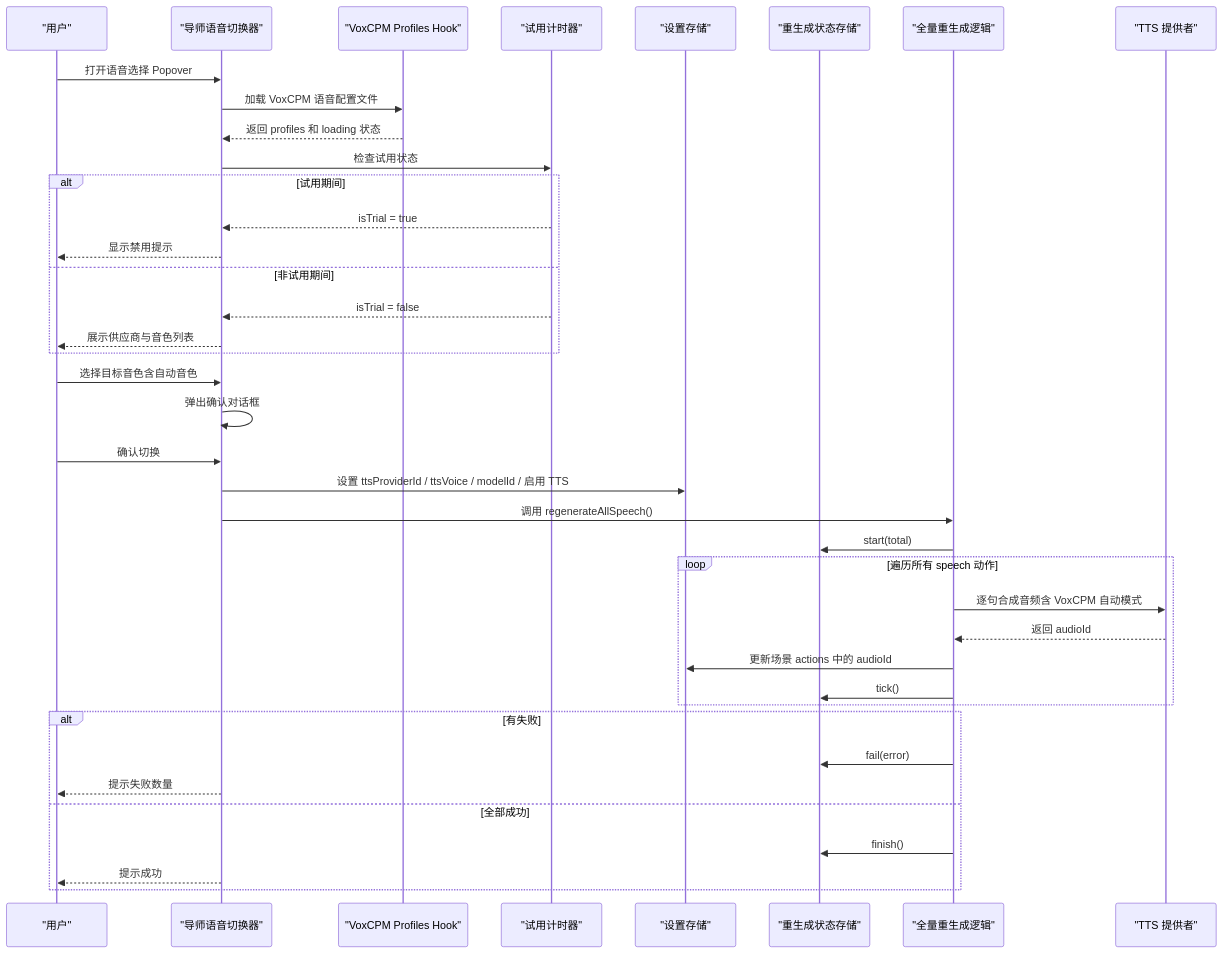
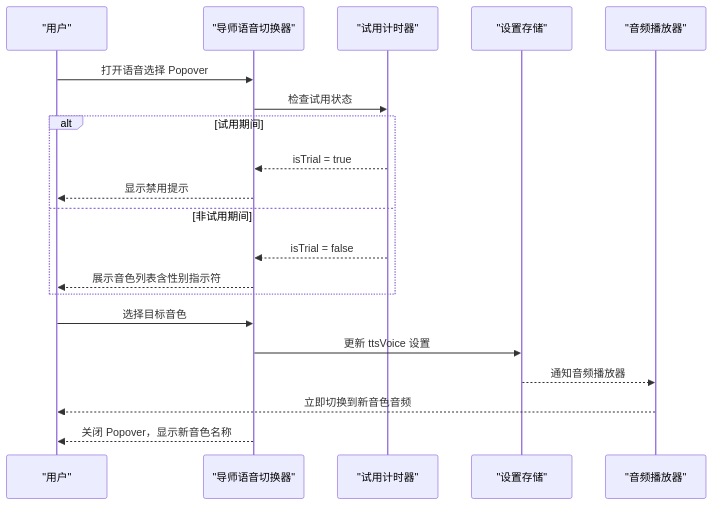
The first of 8 diagrams in .qoder/repowiki/zh/content/UI 组件系统/课堂播放组件/导师语音切换器组件.md (huangboheng/OpenMAIC), drawn with Mermaid before and after one commit. The commit also changed other lines of this file and 9 other files, not shown here.

````diff
--- a/.qoder/repowiki/zh/content/UI 组件系统/课堂播放组件/导师语音切换器组件.md
+++ b/.qoder/repowiki/zh/content/UI 组件系统/课堂播放组件/导师语音切换器组件.md
@@ -54,41 +40,22 @@
 ```mermaid
 sequenceDiagram
 participant U as "用户"
 participant VS as "导师语音切换器"
-participant VCP as "VoxCPM Profiles Hook"
 participant PT as "试用计时器"
-participant ST as "设置存储"
-participant VR as "重生成状态存储"
-participant RA as "全量重生成逻辑"
-participant TTS as "TTS 提供者"
+participant SS as "设置存储"
+participant AP as "音频播放器"
 U->>VS : 打开语音选择 Popover
-VS->>VCP : 加载 VoxCPM 语音配置文件
-VCP-->>VS : 返回 profiles 和 loading 状态
 VS->>PT : 检查试用状态
 alt 试用期间
 PT-->>VS : isTrial = true
 VS-->>U : 显示禁用提示
 else 非试用期间
 PT-->>VS : isTrial = false
-VS-->>U : 展示供应商与音色列表
+VS-->>U : 展示音色列表含性别指示符
 end
-U->>VS : 选择目标音色含自动音色
-VS->>VS : 弹出确认对话框
-U->>VS : 确认切换
-VS->>ST : 设置 ttsProviderId / ttsVoice / modelId / 启用 TTS
-VS->>RA : 调用 regenerateAllSpeech()
-RA->>VR : start(total)
-loop 遍历所有 speech 动作
-RA->>TTS : 逐句合成音频含 VoxCPM 自动模式
-TTS-->>RA : 返回 audioId
-RA->>ST : 更新场景 actions 中的 audioId
-RA->>VR : tick()
-end
-alt 有失败
-RA->>VR : fail(error)
-VS-->>U : 提示失败数量
-else 全部成功
-RA->>VR : finish()
-VS-->>U : 提示成功
-end
+U->>VS : 选择目标音色
+VS->>SS : 更新 ttsVoice 设置
+SS-->>AP : 通知音频播放器
+AP-->>U : 立即切换到新音色音频
+VS-->>U : 关闭 Popover，显示新音色名称
 ```
````
